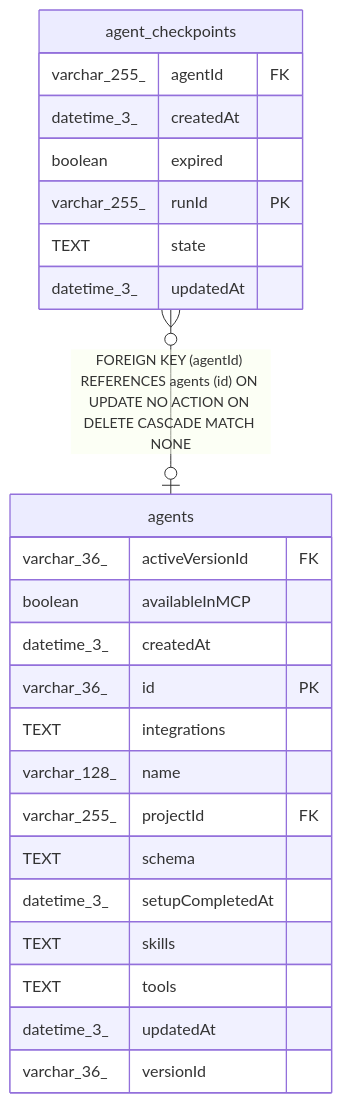
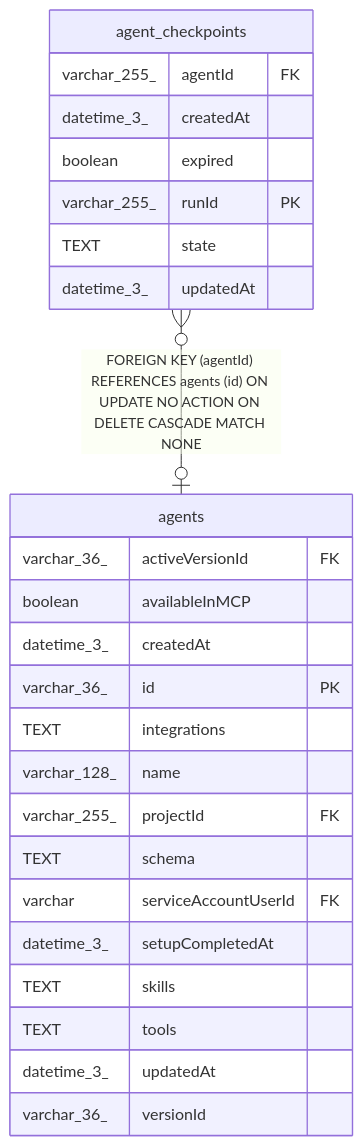
Before and after one commit to mayankjain1815-commits/n8n: the diagram in docs/generated/sqlite-schema/agent_checkpoints.md, drawn with Mermaid. The commit also changed 96 other files, not shown here.

````diff
--- a/docs/generated/sqlite-schema/agent_checkpoints.md
+++ b/docs/generated/sqlite-schema/agent_checkpoints.md
@@ -42,29 +42,30 @@
 ```mermaid
 erDiagram
 
 "agent_checkpoints" }o--o| "agents" : "FOREIGN KEY (agentId) REFERENCES agents (id) ON UPDATE NO ACTION ON DELETE CASCADE MATCH NONE"
 
 "agent_checkpoints" {
   varchar_255_ agentId FK
   datetime_3_ createdAt
   boolean expired
   varchar_255_ runId PK
   TEXT state
   datetime_3_ updatedAt
 }
 "agents" {
   varchar_36_ activeVersionId FK
   boolean availableInMCP
   datetime_3_ createdAt
   varchar_36_ id PK
   TEXT integrations
   varchar_128_ name
   varchar_255_ projectId FK
   TEXT schema
+  varchar serviceAccountUserId FK
   datetime_3_ setupCompletedAt
   TEXT skills
   TEXT tools
   datetime_3_ updatedAt
   varchar_36_ versionId
 }
 ```
````
